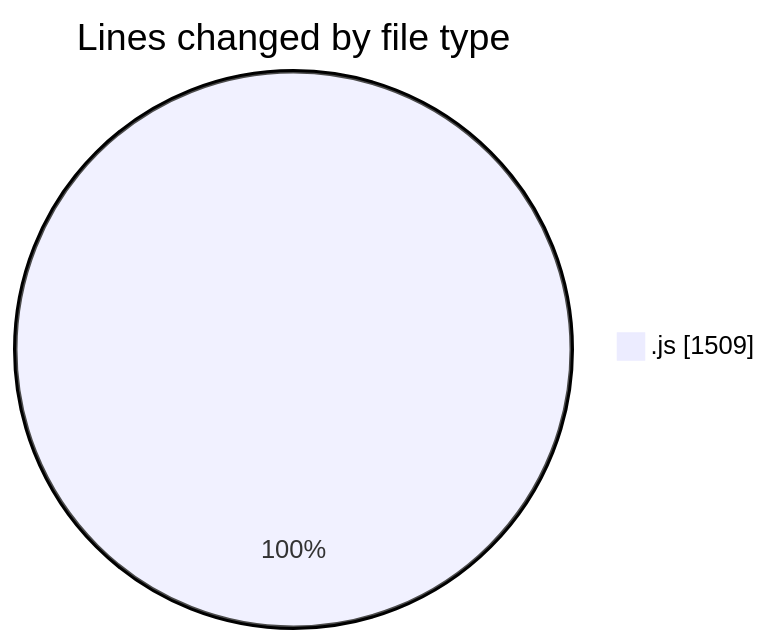
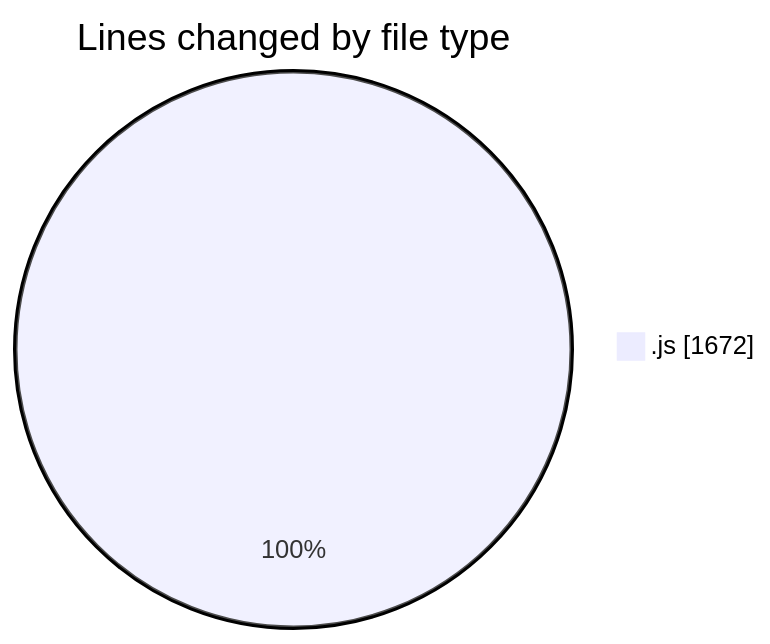
The first of 2 diagrams in 2025-10-16/nxtqube_webapp/README.md (nxtqubesakshisongat/code-tracking), drawn with Mermaid before and after one commit. The commit also changed other lines of this file and 1 other file, not shown here.

````diff
--- a/2025-10-16/nxtqube_webapp/README.md
+++ b/2025-10-16/nxtqube_webapp/README.md
@@ -20,5 +20,5 @@
 ```mermaid
 pie showData
 title Lines changed by file type
-".js" : 1509
+".js" : 1672
 ```
````
